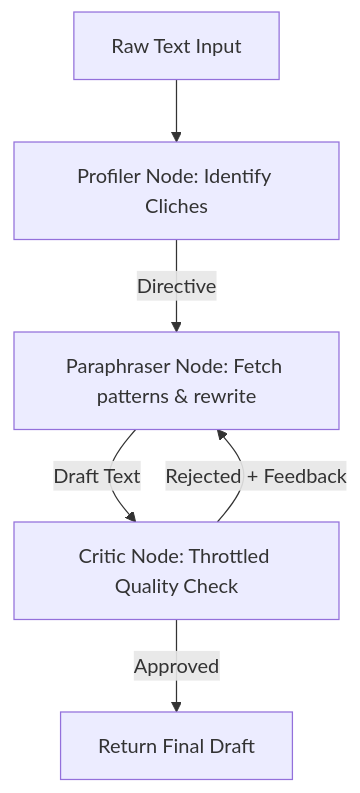
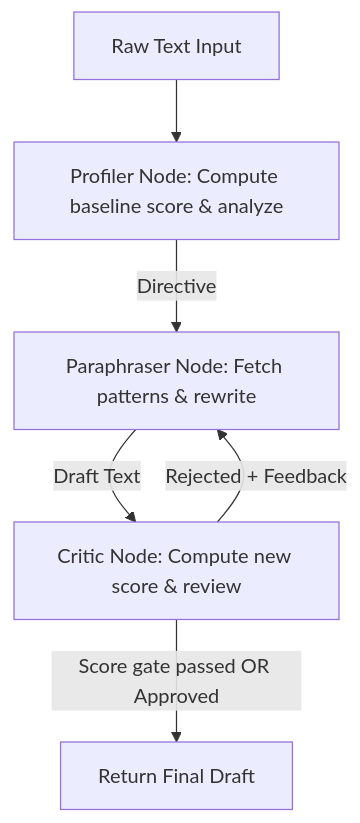
Before and after one commit to ayush1k/Plain-Language-Agent: the third of 3 diagrams in architectural_breakdown.md, drawn with Mermaid. The commit also changed other lines of this file and 14 other files, not shown here.

````diff
--- a/architectural_breakdown.md
+++ b/architectural_breakdown.md
@@ -121,9 +123,9 @@
 ```mermaid
 flowchart TD
-    Raw[Raw Text Input] --> Prof[Profiler Node: Identify Cliches]
+    Raw[Raw Text Input] --> Prof[Profiler Node: Compute baseline score & analyze]
     Prof -->|Directive| Para[Paraphraser Node: Fetch patterns & rewrite]
-    Para -->|Draft Text| Critic[Critic Node: Throttled Quality Check]
+    Para -->|Draft Text| Critic[Critic Node: Compute new score & review]
     
     Critic -->|Rejected + Feedback| Para
-    Critic -->|Approved| Final[Return Final Draft]
+    Critic -->|Score gate passed OR Approved| Final[Return Final Draft]
 ```
````
